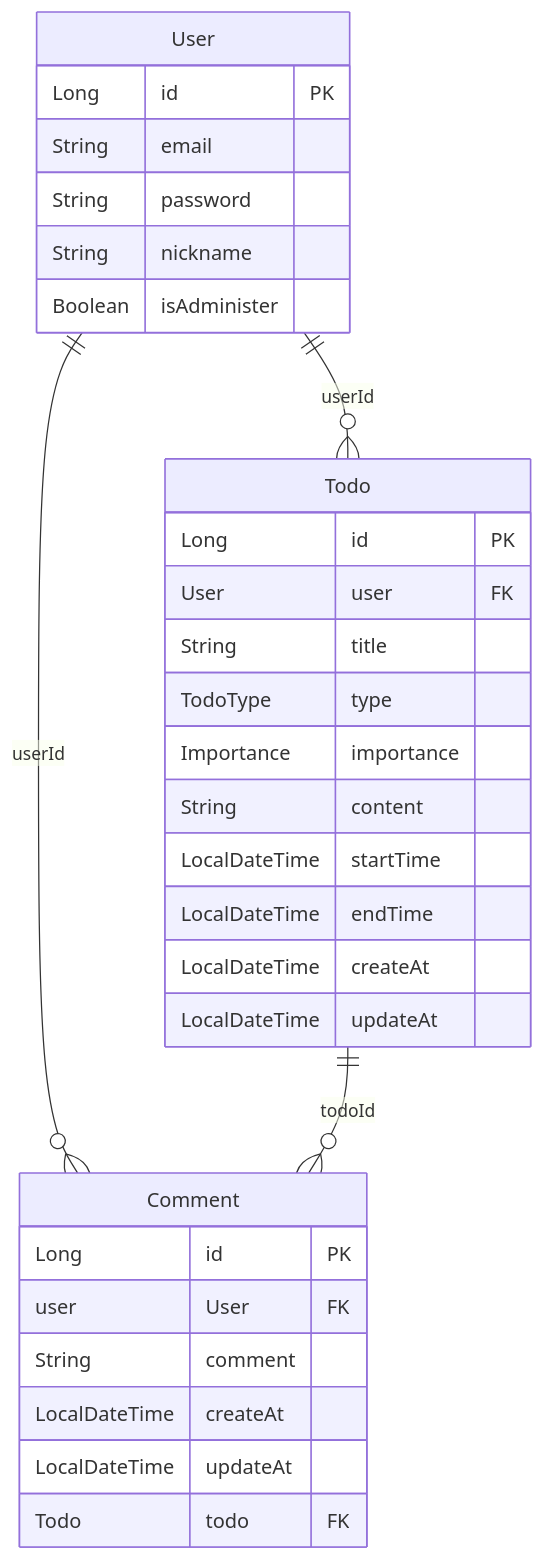
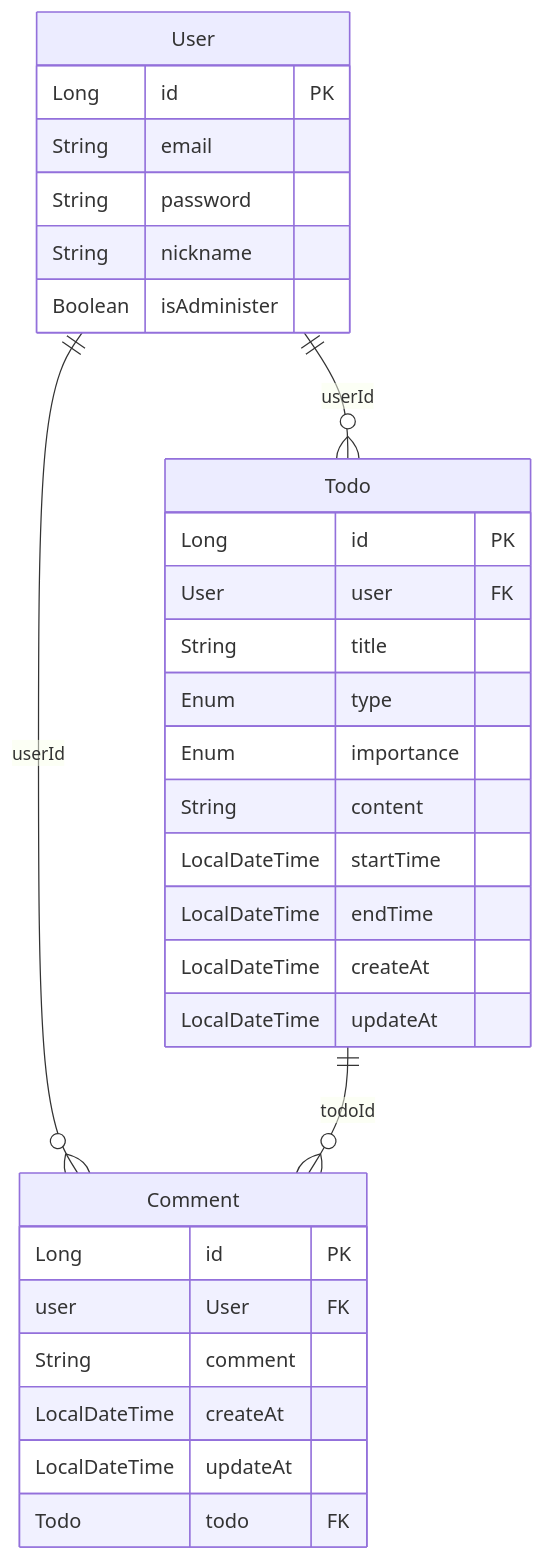
Before and after one commit to Ppajingae/HW_todo: the diagram in README.md, drawn with Mermaid. The commit also changed 9 other files, not shown here.

````diff
--- a/README.md
+++ b/README.md
@@ -60,57 +60,57 @@
 ```mermaid
 erDiagram
 
 User ||--o{ Comment : userId
 Todo ||--o{ Comment : todoId
 User ||--o{ Todo : userId
 
 
 User{
     Long id PK
 
     String email
 
     String password
 
     String nickname
 
     Boolean isAdminister
 }
 
 Comment{
     Long id PK
 
     user User FK
 
     String comment
 
     LocalDateTime createAt
 
     LocalDateTime updateAt
 
     Todo todo FK
 }
 
 Todo{
     Long id PK
 
     User user FK 
 
     String title
 
-    TodoType type
+    Enum type
 
-    Importance importance
+    Enum importance
 
     String content
 
     LocalDateTime startTime
 
     LocalDateTime endTime
 
     LocalDateTime createAt
 
     LocalDateTime updateAt
 
 }
 ```
````
